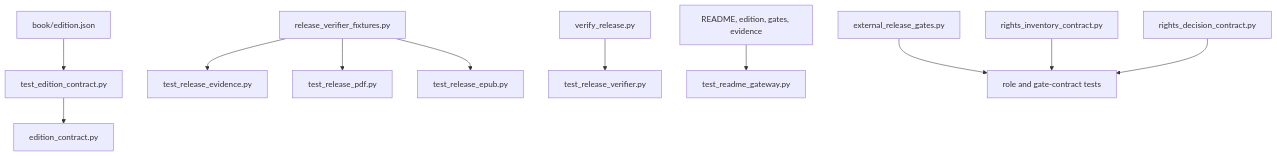
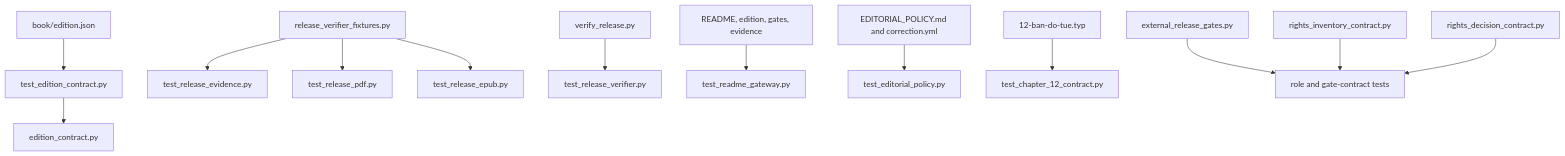
Before and after one commit to streamentry/streamentry: the second of 5 diagrams in tests/AGENTS.md, drawn with Mermaid. The commit also changed other lines of this file and 24 other files, not shown here.

Commit message:
Deepen insight map and publish correction policy

````diff
--- a/tests/AGENTS.md
+++ b/tests/AGENTS.md
@@ -53,13 +59,15 @@
 ```mermaid
 flowchart TB
   C["book/edition.json"] --> D["test_edition_contract.py"]
   D --> L["edition_contract.py"]
   X["release_verifier_fixtures.py"] --> E["test_release_evidence.py"]
   X --> P["test_release_pdf.py"]
   X --> U["test_release_epub.py"]
   V["verify_release.py"] --> I["test_release_verifier.py"]
   W["README, edition, gates, evidence"] --> J["test_readme_gateway.py"]
+  H["EDITORIAL_POLICY.md and correction.yml"] --> N["test_editorial_policy.py"]
+  B["12-ban-do-tue.typ"] --> M["test_chapter_12_contract.py"]
   G["external_release_gates.py"] --> Q["role and gate-contract tests"]
   RI["rights_inventory_contract.py"] --> Q
   R["rights_decision_contract.py"] --> Q
 ```
````
